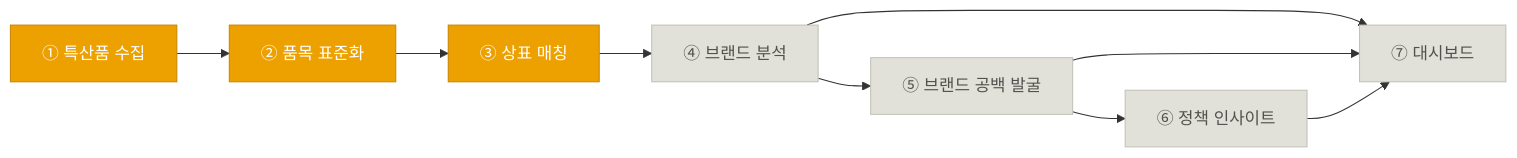
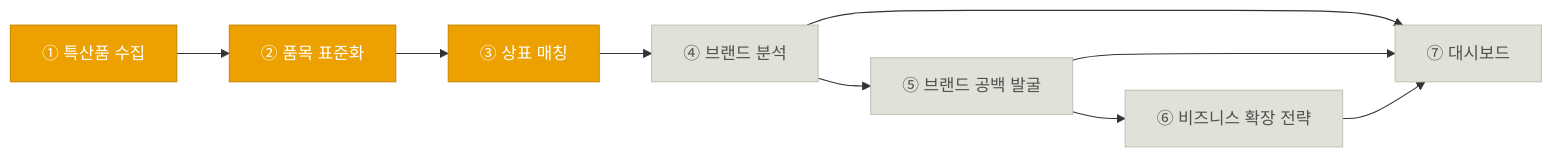
Before and after one commit to omelette-archive/KIIP: the diagram in README.md, drawn with Mermaid. The commit also changed other lines of this file and 4 other files, not shown here.

First line of the commit message:
docs: ⑥단계 범위를 'AI 정책 인사이트'에서 '비즈니스 확장 전략 제안'으로 축소

````diff
--- a/README.md
+++ b/README.md
@@ -9,22 +9,22 @@
 ```mermaid
 flowchart LR
     P1["① 특산품 수집"] --> P2["② 품목 표준화"]
     P2 --> P3["③ 상표 매칭"]
     P3 --> P4["④ 브랜드 분석"]
     P4 --> P5["⑤ 브랜드 공백 발굴"]
-    P5 --> P6["⑥ 정책 인사이트"]
+    P5 --> P6["⑥ 비즈니스 확장 전략"]
     P4 --> P7["⑦ 대시보드"]
     P5 --> P7
     P6 --> P7
 
     classDef done fill:#1baf7a,stroke:#199e70,color:#fff
     classDef partial fill:#eda100,stroke:#c98500,color:#fff
     classDef todo fill:#e1e0d9,stroke:#c3c2b7,color:#52514e
     class P1 partial
     class P2 partial
     class P3 partial
     class P4 todo
     class P5 todo
     class P6 todo
     class P7 todo
 ```
````
